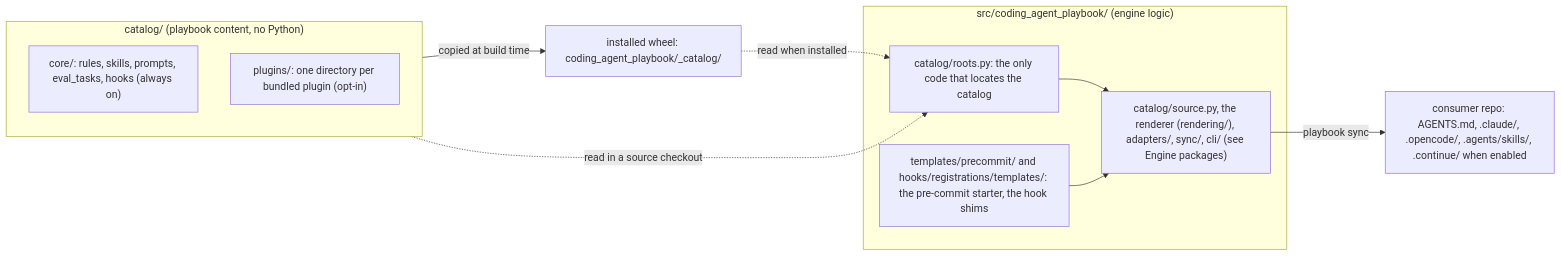
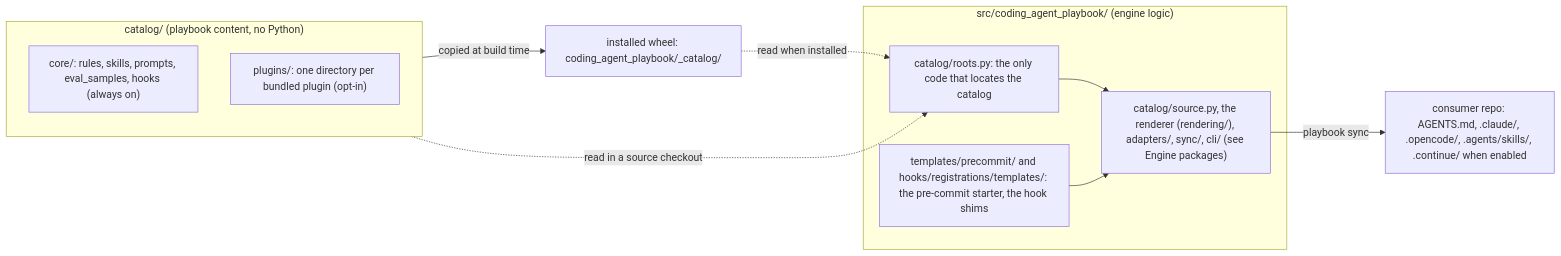
Before and after one commit to msobroza/coding-agent-playbook: the diagram in README.md, drawn with Mermaid. The commit also changed other lines of this file and 284 other files, not shown here.

First line of the commit message:
refactor!: rename eval tasks to eval samples everywhere

````diff
--- a/README.md
+++ b/README.md
@@ -226,20 +226,20 @@
 ```mermaid
 flowchart LR
     subgraph catalog["catalog/ (playbook content, no Python)"]
-        core["core/: rules, skills, prompts, eval_tasks, hooks (always on)"]
+        core["core/: rules, skills, prompts, eval_samples, hooks (always on)"]
         plugins["plugins/: one directory per bundled plugin (opt-in)"]
     end
     subgraph src["src/coding_agent_playbook/ (engine logic)"]
         resolver["catalog/roots.py: the only code that locates the catalog"]
         engine["catalog/source.py, the renderer (rendering/), adapters/, sync/, cli/ (see Engine packages)"]
         template["templates/precommit/ and hooks/registrations/templates/: the pre-commit starter, the hook shims"]
     end
     wheel["installed wheel: coding_agent_playbook/_catalog/"]
     consumer["consumer repo: AGENTS.md, .claude/, .opencode/, .agents/skills/, .continue/ when enabled"]
     catalog -->|"copied at build time"| wheel
     catalog -.->|"read in a source checkout"| resolver
     wheel -.->|"read when installed"| resolver
     resolver --> engine
     template --> engine
     engine -->|"playbook sync"| consumer
 ```
````
